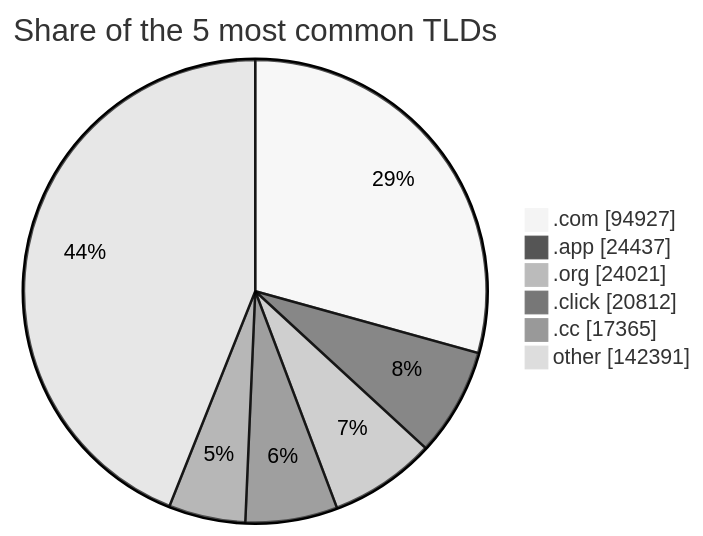
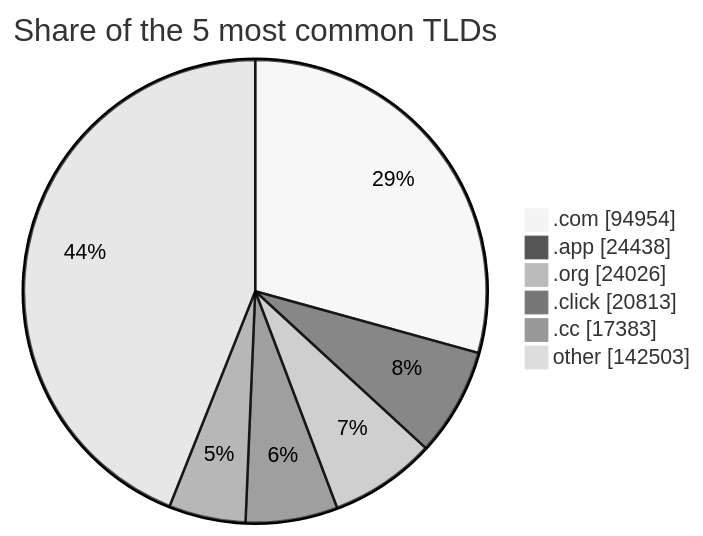
One commit to DNSBunker/CTI changed the third of 3 diagrams in README.md. Above: the diagram before and after it, drawn with Mermaid (neutral theme). The commit also changed other lines of this file and 4 other files, not shown here.

````diff
--- a/README.md
+++ b/README.md
@@ -81,9 +81,9 @@
 ```mermaid
 pie showData title Share of the 5 most common TLDs
-    ".com" : 94927
-    ".app" : 24437
-    ".org" : 24021
-    ".click" : 20812
-    ".cc" : 17365
-    "other" : 142391
+    ".com" : 94954
+    ".app" : 24438
+    ".org" : 24026
+    ".click" : 20813
+    ".cc" : 17383
+    "other" : 142503
 ```
````
